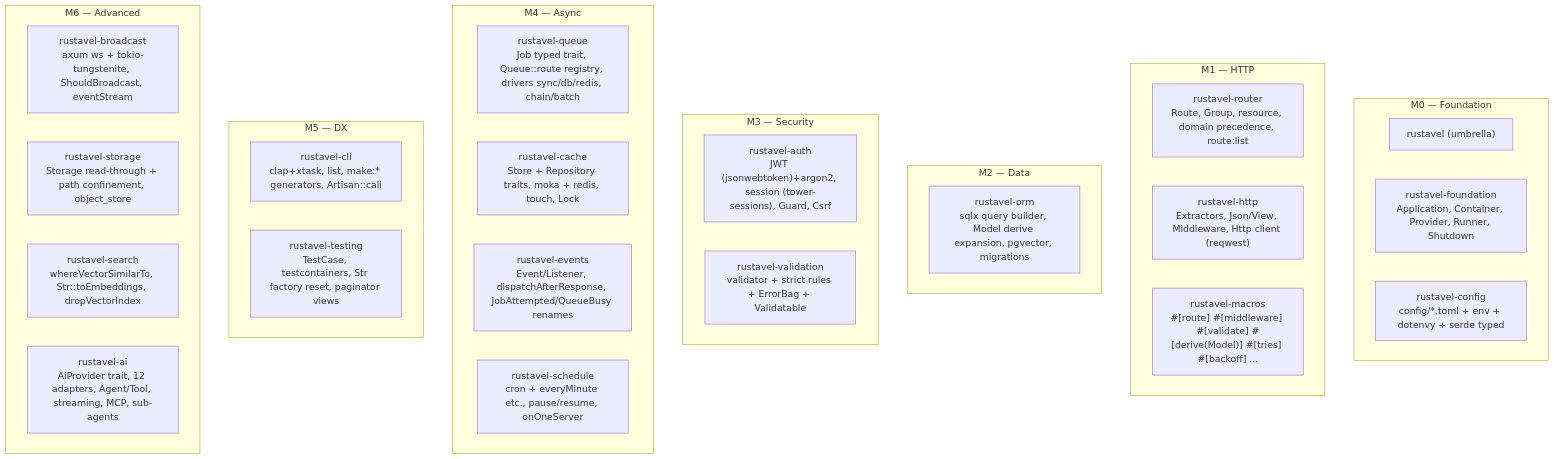
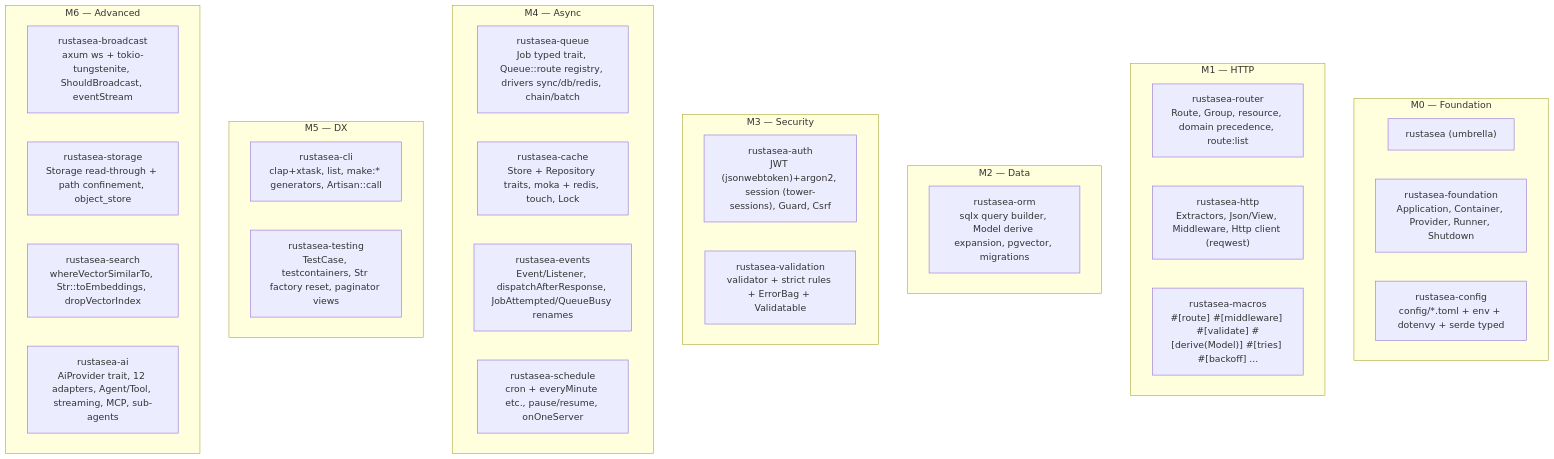
The third of 4 diagrams in .agents/documents/design/architecture.md (rustasea/rustasea), drawn with Mermaid before and after one commit. The commit also changed other lines of this file and 405 other files, not shown here.

````diff
--- a/.agents/documents/design/architecture.md
+++ b/.agents/documents/design/architecture.md
@@ -64,36 +64,36 @@
 ```mermaid
 flowchart TB
 subgraph foundation["M0 — Foundation"]
-  RF["rustavel (umbrella)"]
-  RFO["rustavel-foundation\nApplication, Container, Provider, Runner, Shutdown"]
-  RC["rustavel-config\nconfig/*.toml + env + dotenvy + serde typed"]
+  RF["rustasea (umbrella)"]
+  RFO["rustasea-foundation\nApplication, Container, Provider, Runner, Shutdown"]
+  RC["rustasea-config\nconfig/*.toml + env + dotenvy + serde typed"]
 end
 subgraph http["M1 — HTTP"]
-  RR["rustavel-router\nRoute, Group, resource, domain precedence, route:list"]
-  RH["rustavel-http\nExtractors, Json/View, Middleware, Http client (reqwest)"]
-  RMAC["rustavel-macros\n#[route] #[middleware] #[validate] #[derive(Model)] #[tries] #[backoff] ..."]
+  RR["rustasea-router\nRoute, Group, resource, domain precedence, route:list"]
+  RH["rustasea-http\nExtractors, Json/View, Middleware, Http client (reqwest)"]
+  RMAC["rustasea-macros\n#[route] #[middleware] #[validate] #[derive(Model)] #[tries] #[backoff] ..."]
 end
 subgraph data["M2 — Data"]
-  RO["rustavel-orm\nsqlx query builder, Model derive expansion, pgvector, migrations"]
+  RO["rustasea-orm\nsqlx query builder, Model derive expansion, pgvector, migrations"]
 end
 subgraph auth["M3 — Security"]
-  RA["rustavel-auth\nJWT (jsonwebtoken)+argon2, session (tower-sessions), Guard, Csrf"]
-  RV["rustavel-validation\nvalidator + strict rules + ErrorBag + Validatable"]
+  RA["rustasea-auth\nJWT (jsonwebtoken)+argon2, session (tower-sessions), Guard, Csrf"]
+  RV["rustasea-validation\nvalidator + strict rules + ErrorBag + Validatable"]
 end
 subgraph async["M4 — Async"]
-  RQ["rustavel-queue\nJob typed trait, Queue::route registry, drivers sync/db/redis, chain/batch"]
-  RCA["rustavel-cache\nStore + Repository traits, moka + redis, touch, Lock"]
-  RE["rustavel-events\nEvent/Listener, dispatchAfterResponse, JobAttempted/QueueBusy renames"]
-  RS["rustavel-schedule\ncron + everyMinute etc., pause/resume, onOneServer"]
+  RQ["rustasea-queue\nJob typed trait, Queue::route registry, drivers sync/db/redis, chain/batch"]
+  RCA["rustasea-cache\nStore + Repository traits, moka + redis, touch, Lock"]
+  RE["rustasea-events\nEvent/Listener, dispatchAfterResponse, JobAttempted/QueueBusy renames"]
+  RS["rustasea-schedule\ncron + everyMinute etc., pause/resume, onOneServer"]
 end
 subgraph dx["M5 — DX"]
-  RCLI["rustavel-cli\nclap+xtask, list, make:* generators, Artisan::call"]
-  RT["rustavel-testing\nTestCase, testcontainers, Str factory reset, paginator views"]
+  RCLI["rustasea-cli\nclap+xtask, list, make:* generators, Artisan::call"]
+  RT["rustasea-testing\nTestCase, testcontainers, Str factory reset, paginator views"]
 end
 subgraph advanced["M6 — Advanced"]
-  RB["rustavel-broadcast\naxum ws + tokio-tungstenite, ShouldBroadcast, eventStream"]
-  RST["rustavel-storage\nStorage read-through + path confinement, object_store"]
-  RSE["rustavel-search\nwhereVectorSimilarTo, Str::toEmbeddings, dropVectorIndex"]
-  RAI["rustavel-ai\nAiProvider trait, 12 adapters, Agent/Tool, streaming, MCP, sub-agents"]
+  RB["rustasea-broadcast\naxum ws + tokio-tungstenite, ShouldBroadcast, eventStream"]
+  RST["rustasea-storage\nStorage read-through + path confinement, object_store"]
+  RSE["rustasea-search\nwhereVectorSimilarTo, Str::toEmbeddings, dropVectorIndex"]
+  RAI["rustasea-ai\nAiProvider trait, 12 adapters, Agent/Tool, streaming, MCP, sub-agents"]
 end
 ```
````
